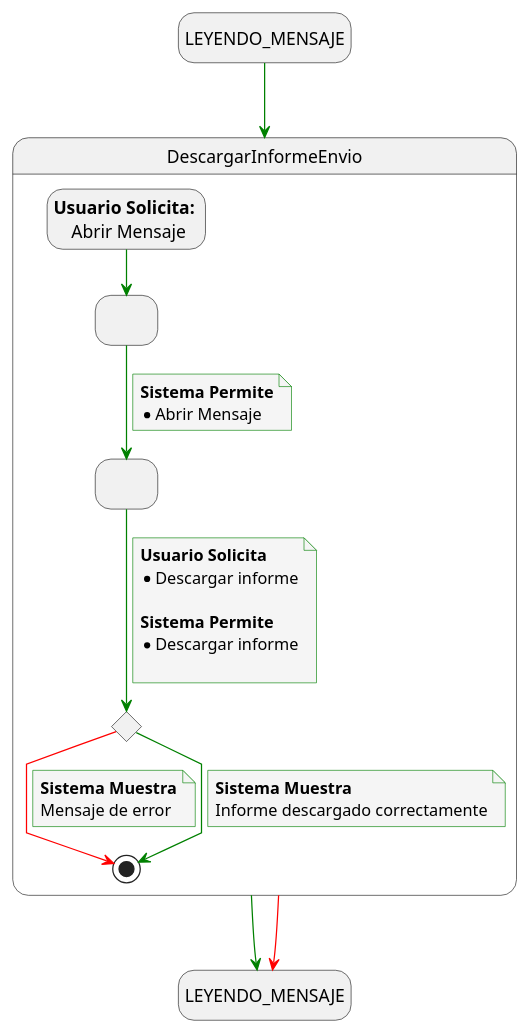
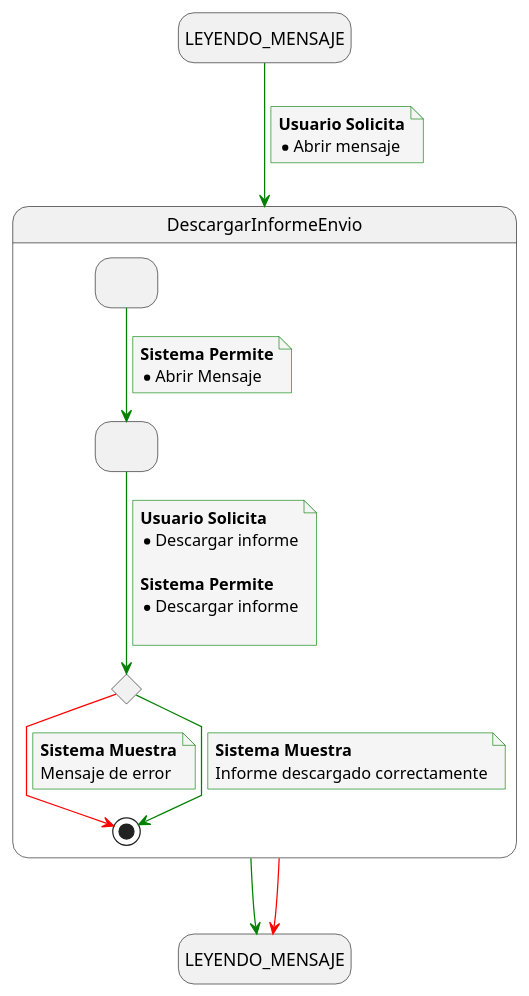
One commit to mmasias/24-25-IdSw1-SDR changed the diagram in docs/casosDeUso/detalladoCasosDeUso/detalladoDescargarInformeEnvio/detalladoDescargarInforme.puml. Above: the diagram before and after it, drawn with PlantUML. The commit also changed 1 other file, not shown here.

```diff
--- a/docs/casosDeUso/detalladoCasosDeUso/detalladoDescargarInformeEnvio/detalladoDescargarInforme.puml
+++ b/docs/casosDeUso/detalladoCasosDeUso/detalladoDescargarInformeEnvio/detalladoDescargarInforme.puml
@@ -1,58 +1,61 @@
 @startuml leer_confirmar_documento
 
 skinparam {
   NoteBackgroundColor #whiteSmoke
   ArrowColor #green
   NoteBorderColor #green
   linetype polyline
 }
 
 hide empty description
 
 state startState as "LEYENDO_MENSAJE"
 state endState as "LEYENDO_MENSAJE"
 
 
 startState --> DescargarInformeEnvio
+note on link
+    <b>Usuario Solicita</b>
+    * Abrir mensaje
+end note
+
 DescargarInformeEnvio --> endState
 DescargarInformeEnvio -[#red]-> endState
 
 state DescargarInformeEnvio {
     state solicitudAbrirMensaje as " "
     state solicitudDescargarInforme as " "
     state descargarInforme <<choice>>
-    state usuarioSolicita as "<b>Usuario Solicita:</b> \n Abrir Mensaje"
     
-    usuarioSolicita --> solicitudAbrirMensaje
     solicitudAbrirMensaje --> solicitudDescargarInforme
     note on link
         <b>Sistema Permite</b>
         * Abrir Mensaje
     end note
 
     solicitudDescargarInforme --> descargarInforme
     note on link
         <b>Usuario Solicita</b>
         * Descargar informe 
         
         <b>Sistema Permite</b>
         * Descargar informe
   
     end note
     
     
     descargarInforme -[#red]-> [*]
     note on link
         <b>Sistema Muestra</b>
         Mensaje de error
     end note
     
    descargarInforme --> [*]
     note on link
         <b>Sistema Muestra</b>
         Informe descargado correctamente
     end note
 
 }
 
 @enduml
```
